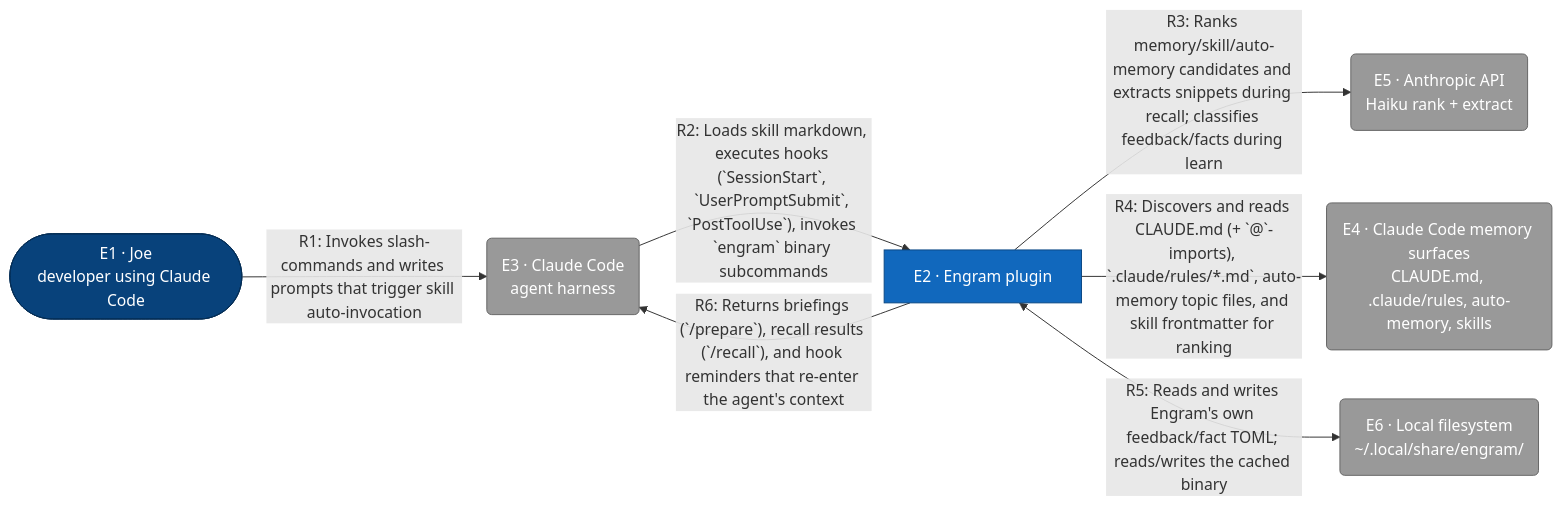
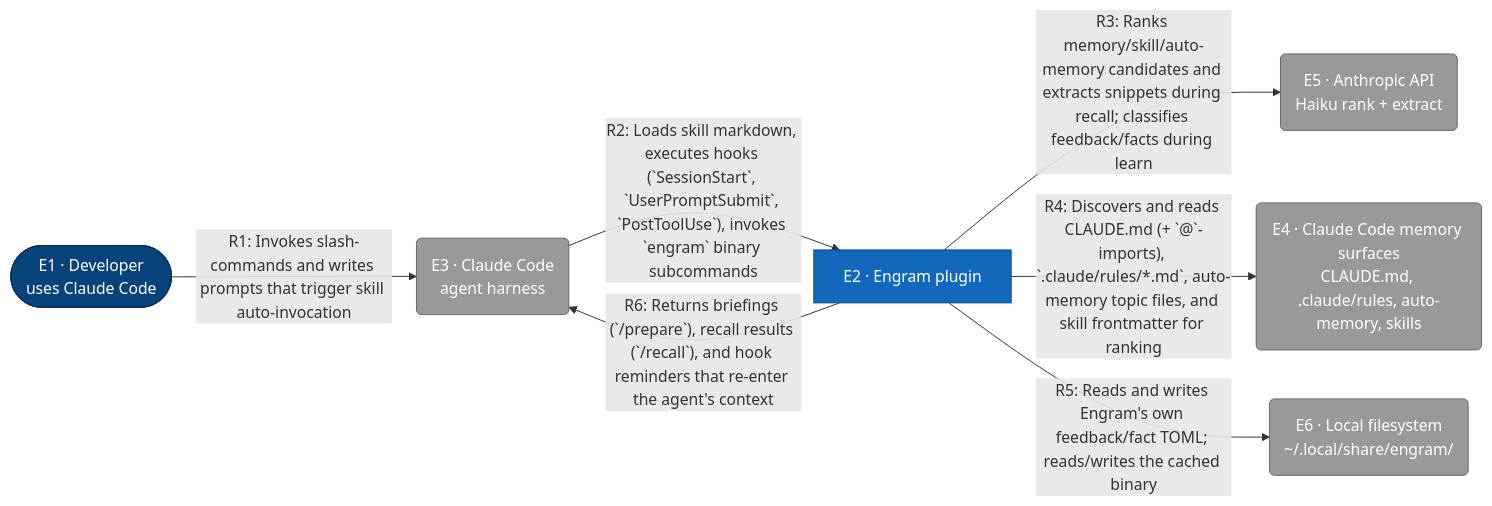
Before and after one commit to toejough/engram: the diagram in architecture/c4/c1-engram-system.md, drawn with Mermaid. The commit also changed other lines of this file and 14 other files, not shown here.

````diff
--- a/architecture/c4/c1-engram-system.md
+++ b/architecture/c4/c1-engram-system.md
@@ -15,31 +15,31 @@
 ```mermaid
 flowchart LR
     classDef person      fill:#08427b,stroke:#052e56,color:#fff
     classDef external    fill:#999,   stroke:#666,   color:#fff
     classDef container   fill:#1168bd,stroke:#0b4884,color:#fff
 
-    e1([E1 · Joe<br/>developer using Claude Code])
+    e1([E1 · Developer<br/>uses Claude Code])
     e2[E2 · Engram plugin]
     e3(E3 · Claude Code<br/>agent harness)
     e4(E4 · Claude Code memory surfaces<br/>CLAUDE.md, .claude/rules, auto-memory, skills)
     e5(E5 · Anthropic API<br/>Haiku rank + extract)
     e6(E6 · Local filesystem<br/>~/.local/share/engram/)
 
     e1 -->|"R1: Invokes slash-commands and writes prompts that trigger skill auto-invocation"| e3
     e3 -->|"R2: Loads skill markdown, executes hooks (`SessionStart`, `UserPromptSubmit`, `PostToolUse`), invokes `engram` binary subcommands"| e2
     e2 -->|"R3: Ranks memory/skill/auto-memory candidates and extracts snippets during recall; classifies feedback/facts during learn"| e5
     e2 -->|"R4: Discovers and reads CLAUDE.md (+ `@`-imports), `.claude/rules/*.md`, auto-memory topic files, and skill frontmatter for ranking"| e4
-    e2 <-->|"R5: Reads and writes Engram's own feedback/fact TOML; reads/writes the cached binary"| e6
+    e2 -->|"R5: Reads and writes Engram's own feedback/fact TOML; reads/writes the cached binary"| e6
     e2 -->|"R6: Returns briefings (`/prepare`), recall results (`/recall`), and hook reminders that re-enter the agent's context"| e3
 
     class e1 person
     class e3,e4,e5,e6 external
     class e2 container
 
-    click e1 href "#e1-joe" "Joe"
+    click e1 href "#e1-developer" "Developer"
     click e2 href "#e2-engram-plugin" "Engram plugin"
     click e3 href "#e3-claude-code" "Claude Code"
     click e4 href "#e4-claude-code-memory-surfaces" "Claude Code memory surfaces"
     click e5 href "#e5-anthropic-api" "Anthropic API"
     click e6 href "#e6-local-filesystem" "Local filesystem"
 ```
````
